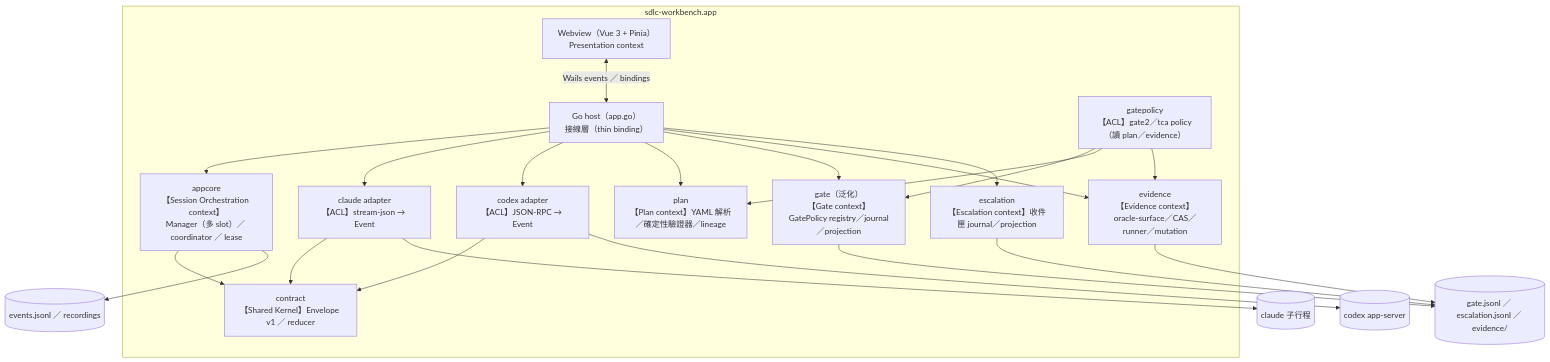
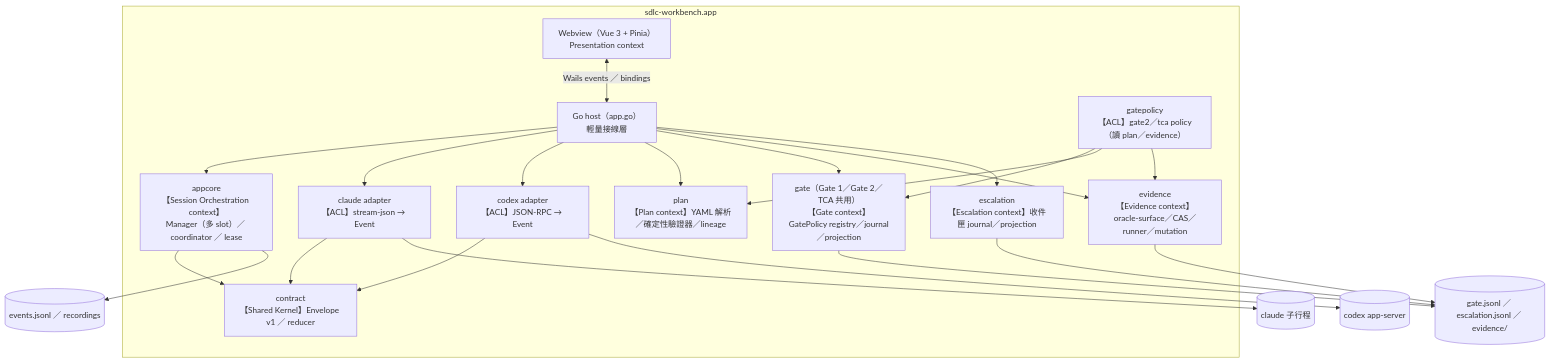
The first of 2 diagrams in README.md (slam0504/ai-software-engineering), drawn with Mermaid before and after one commit. The commit also changed other lines of this file, not shown here.

````diff
--- a/README.md
+++ b/README.md
@@ -268,35 +276,35 @@
 ```mermaid
 flowchart TB
   subgraph app["sdlc-workbench.app"]
     ui["Webview（Vue 3 + Pinia）<br/>Presentation context"]
-    host["Go host（app.go）<br/>接線層（thin binding）"]
+    host["Go host（app.go）<br/>輕量接線層"]
     core["appcore<br/>【Session Orchestration context】<br/>Manager（多 slot）／ coordinator ／ lease"]
     contract["contract<br/>【Shared Kernel】Envelope v1 ／ reducer"]
     ca["claude adapter<br/>【ACL】stream-json → Event"]
     xa["codex adapter<br/>【ACL】JSON-RPC → Event"]
     plan["plan<br/>【Plan context】YAML 解析／確定性驗證器／lineage"]
-    gate["gate（泛化）<br/>【Gate context】GatePolicy registry／journal／projection"]
+    gate["gate（Gate 1／Gate 2／TCA 共用）<br/>【Gate context】GatePolicy registry／journal／projection"]
     gp["gatepolicy<br/>【ACL】gate2／tca policy（讀 plan／evidence）"]
     evd["evidence<br/>【Evidence context】oracle-surface／CAS／runner／mutation"]
     esc["escalation<br/>【Escalation context】收件匣 journal／projection"]
   end
   cli1[("claude 子行程")]
   cli2[("codex app-server")]
   sink[("events.jsonl ／ recordings")]
   sink2[("gate.jsonl ／ escalation.jsonl ／ evidence/")]
   ui <-->|"Wails events ／ bindings"| host
   host --> core
   core --> contract
   ca --> contract
   xa --> contract
   host --> ca --> cli1
   host --> xa --> cli2
   core --> sink
   host --> plan & gate & evd & esc
   gp --> gate
   gp --> plan
   gp --> evd
   gate --> sink2
   evd --> sink2
   esc --> sink2
 ```
````
